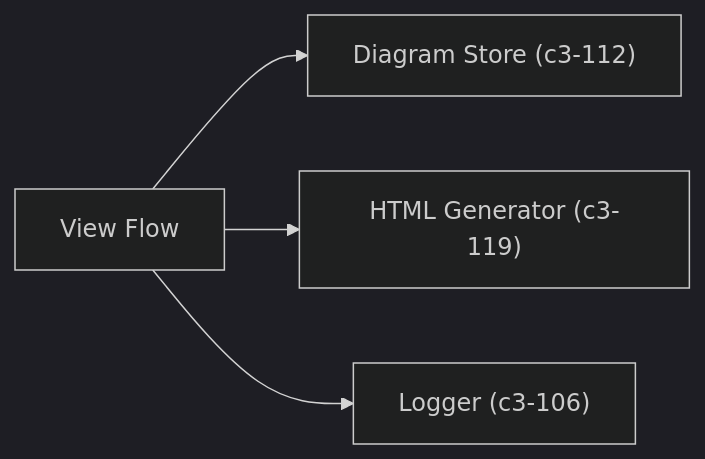
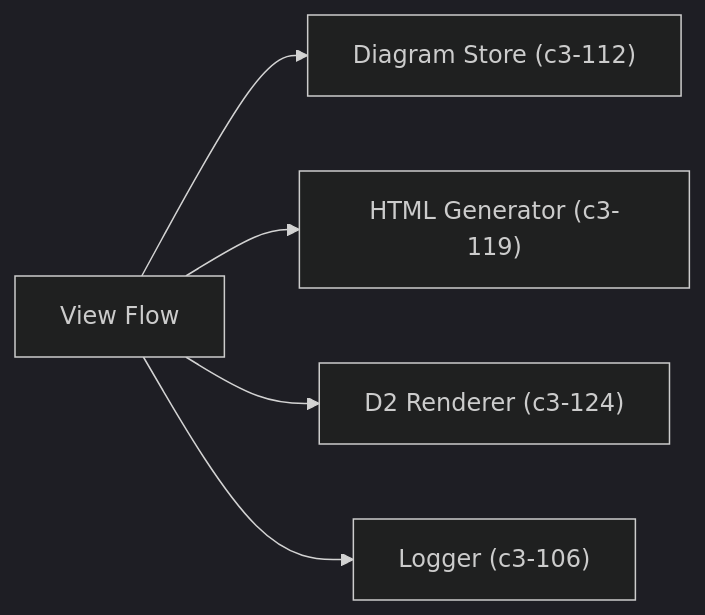
One commit to lagz0ne/diashort changed the first of 2 diagrams in .c3/c3-1-api-server/c3-116-view-flow.md. Above: the diagram before and after it, drawn with Mermaid (dark theme). The commit also changed other lines of this file and 31 other files, not shown here.

````diff
--- a/.c3/c3-1-api-server/c3-116-view-flow.md
+++ b/.c3/c3-1-api-server/c3-116-view-flow.md
@@ -17,6 +17,7 @@
 ```mermaid
 graph LR
     ViewFlow["View Flow"] --> DiagramStore["Diagram Store (c3-112)"]
     ViewFlow --> HTMLGen["HTML Generator (c3-119)"]
+    ViewFlow --> D2Renderer["D2 Renderer (c3-124)"]
     ViewFlow --> Logger["Logger (c3-106)"]
 ```
````
